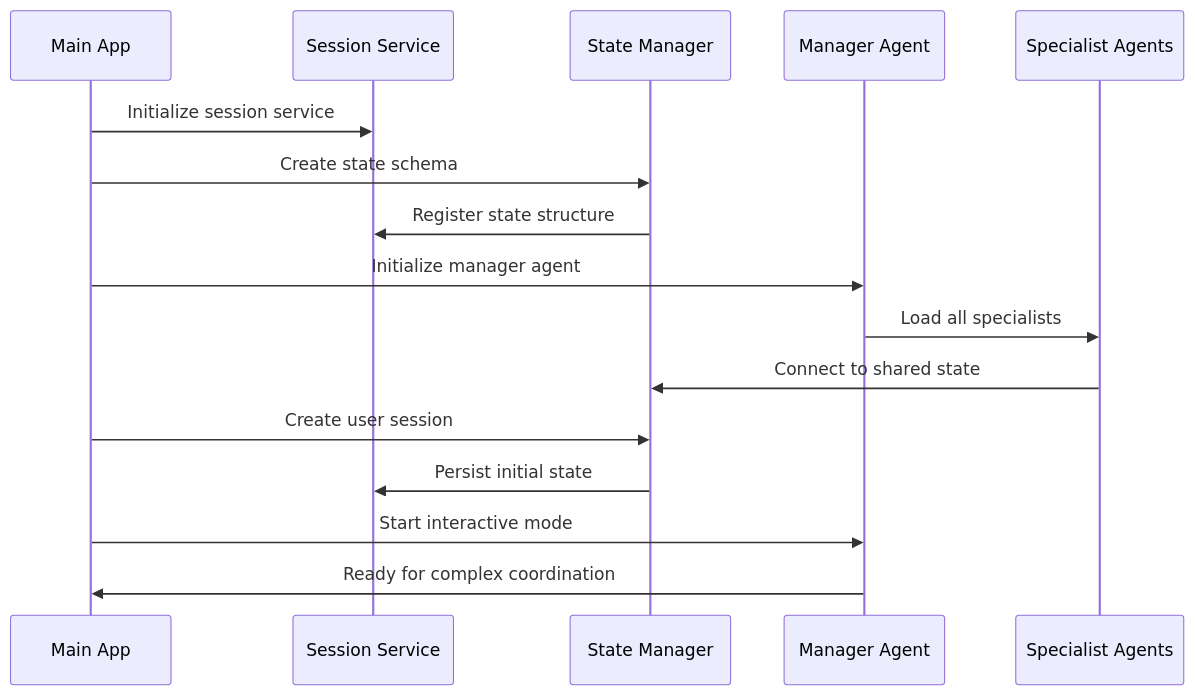
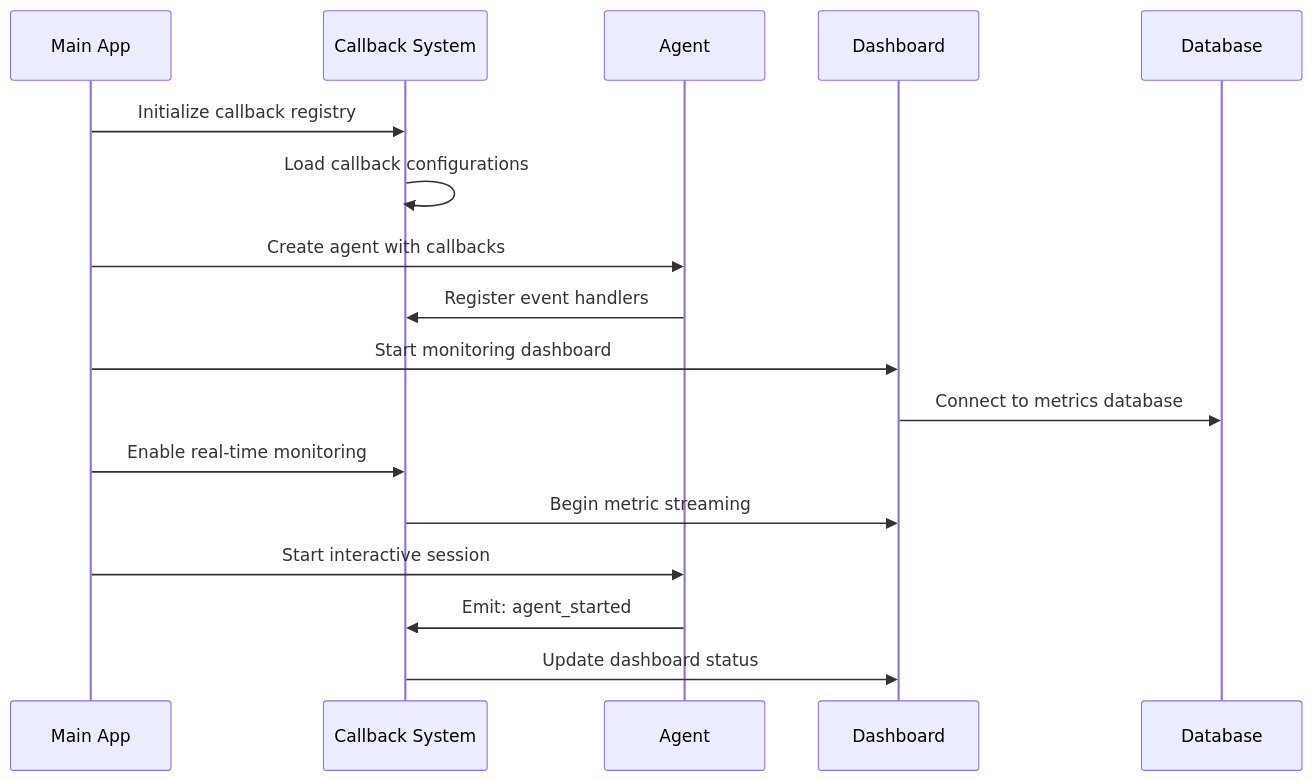
One commit to Yash-Kavaiya/agent-development-kit-crash-course changed diagram 15 of 28 in 9-callbacks/README.md. Above: the diagram before and after it, drawn with Mermaid. The commit also changed other lines of this file, not shown here.

````diff
--- a/9-callbacks/README.md
+++ b/9-callbacks/README.md
@@ -496,22 +567,24 @@
 ```mermaid
 sequenceDiagram
     participant M as Main App
-    participant S as Session Service
-    participant State as State Manager
-    participant MA as Manager Agent
-    participant Agents as Specialist Agents
+    participant CB as Callback System
+    participant A as Agent
+    participant D as Dashboard
+    participant DB as Database
     
-    M->>S: Initialize session service
-    M->>State: Create state schema
-    State->>S: Register state structure
+    M->>CB: Initialize callback registry
+    CB->>CB: Load callback configurations
     
-    M->>MA: Initialize manager agent
-    MA->>Agents: Load all specialists
-    Agents->>State: Connect to shared state
+    M->>A: Create agent with callbacks
+    A->>CB: Register event handlers
     
-    M->>State: Create user session
-    State->>S: Persist initial state
+    M->>D: Start monitoring dashboard
+    D->>DB: Connect to metrics database
     
-    M->>MA: Start interactive mode
-    MA->>M: Ready for complex coordination
+    M->>CB: Enable real-time monitoring
+    CB->>D: Begin metric streaming
+    
+    M->>A: Start interactive session
+    A->>CB: Emit: agent_started
+    CB->>D: Update dashboard status
 ```
````
